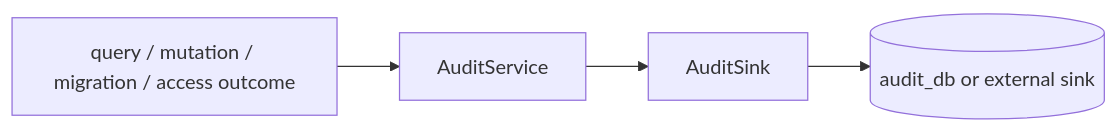
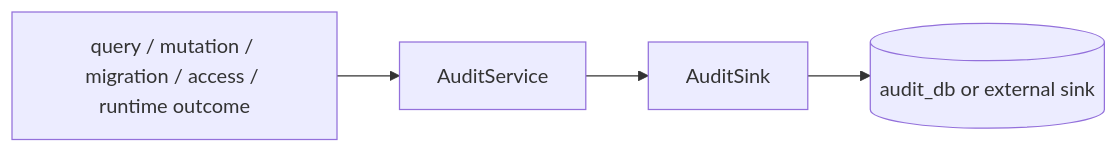
One commit to zhongmiao-org/meta-lc-platform changed the diagram in packages/audit/README.md. Above: the diagram before and after it, drawn with Mermaid. The commit also changed other lines of this file and 35 other files, not shown here.

Commit message:
feat(audit): add runtime observability events (#114)

````diff
--- a/packages/audit/README.md
+++ b/packages/audit/README.md
@@ -25,6 +27,6 @@
 ```mermaid
 flowchart LR
-  Event["query / mutation / migration / access outcome"] --> Service["AuditService"]
+  Event["query / mutation / migration / access / runtime outcome"] --> Service["AuditService"]
   Service --> Sink["AuditSink"]
   Sink --> AuditDb[("audit_db or external sink")]
 ```
````
